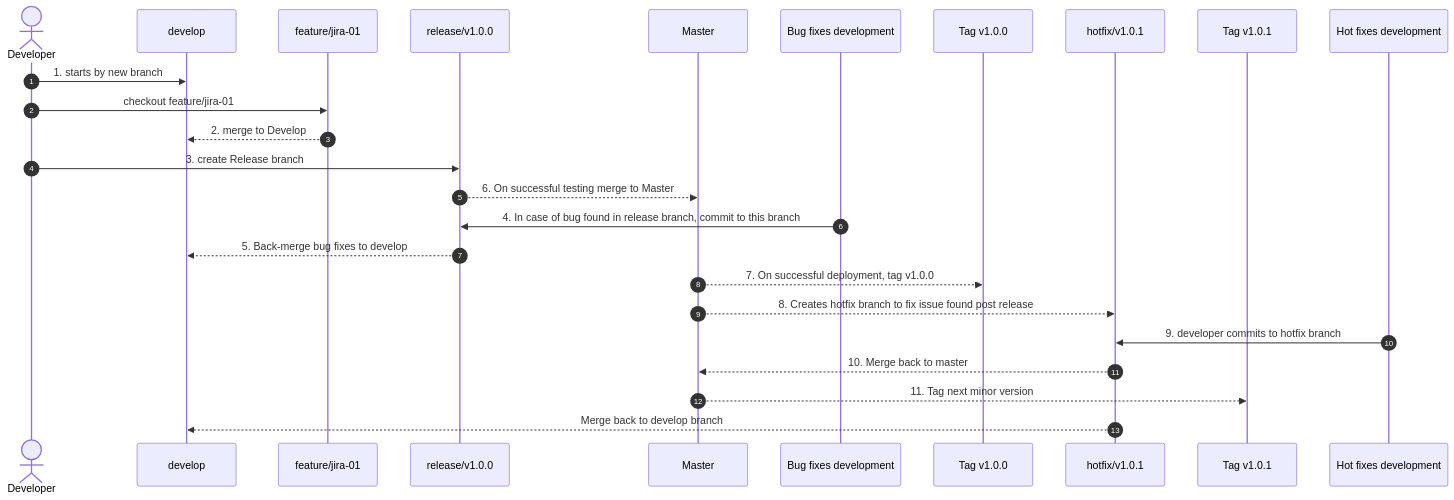
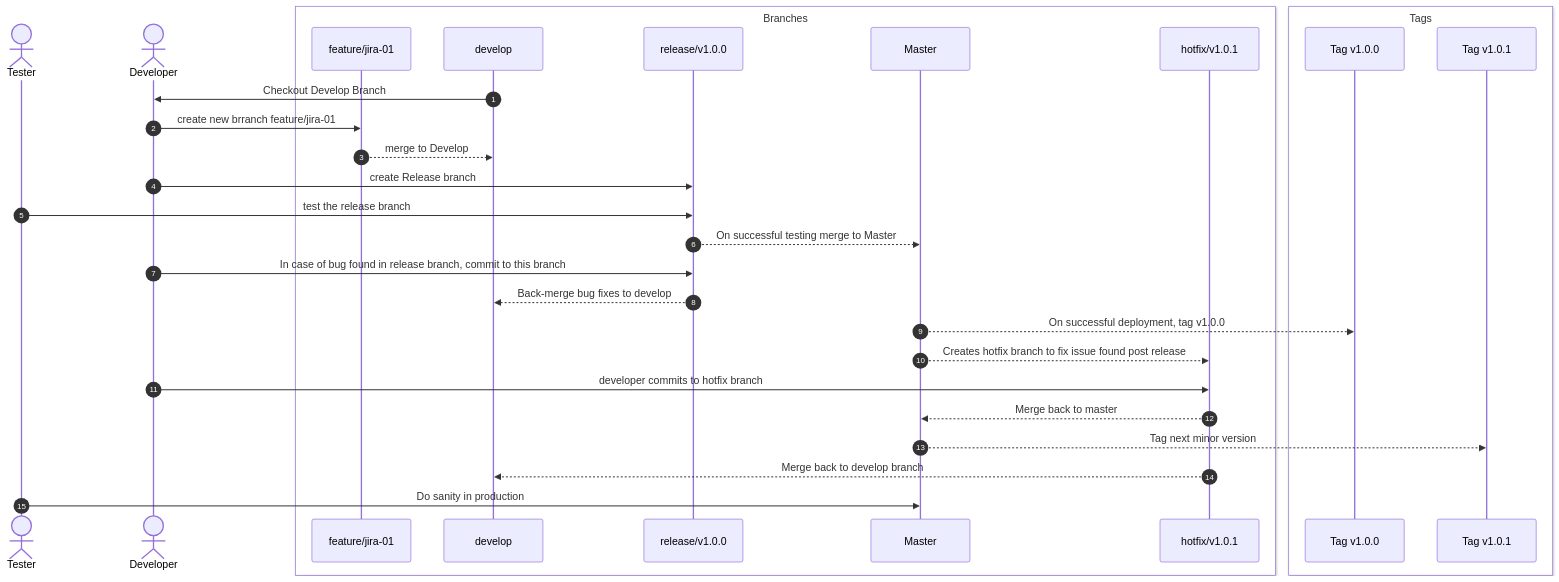
One commit to karthikeyan-manivasagam/gitflow-flowchart-mermaid changed the diagram in sequence.mermaid. Above: the diagram before and after it, drawn with Mermaid. The commit also changed other lines of this file, not shown here.

```diff
--- a/sequence.mermaid
+++ b/sequence.mermaid
@@ -1,27 +1,33 @@
 sequenceDiagram
     autonumber
-
+    actor Test as Tester
     actor Dev as Developer
+    Box white Branches
+    participant A as feature/jira-01
     participant B as develop
-    participant A as feature/jira-01
     participant C as release/v1.0.0
     participant D as Master
-    participant E as Bug fixes development
+    participant H as hotfix/v1.0.1
+    end
+
+
+    box white Tags
     participant G as Tag v1.0.0
-    participant H as hotfix/v1.0.1
     participant K as Tag v1.0.1
-    participant L as Hot fixes development
+    end
 
-    Dev->>B: 1. starts by new branch
-    Dev->>A: checkout feature/jira-01
-    A-->>B: 2. merge to Develop
-    Dev->>C: 3. create Release branch
-    C-->>D: 6. On successful testing merge to Master
-    E->>C: 4. In case of bug found in release branch, commit to this branch
-    C-->>B: 5. Back-merge bug fixes to develop
-    D-->>G: 7. On successful deployment, tag v1.0.0
-    D-->>H: 8. Creates hotfix branch to fix issue found post release
-    L->>H: 9. developer commits to hotfix branch
-    H-->>D: 10. Merge back to master
-    D-->>K: 11. Tag next minor version
+    B->>Dev: Checkout Develop Branch
+    Dev->>A: create new brranch feature/jira-01
+    A-->>B:  merge to Develop
+    Dev->>C:  create Release branch
+    Test->>C: test the release branch
+    C-->>D:  On successful testing merge to Master
+    Dev->>C:  In case of bug found in release branch, commit to this branch
+    C-->>B:  Back-merge bug fixes to develop
+    D-->>G:  On successful deployment, tag v1.0.0
+    D-->>H:  Creates hotfix branch to fix issue found post release
+    Dev->>H:  developer commits to hotfix branch
+    H-->>D:  Merge back to master
+    D-->>K:  Tag next minor version
     H-->>B: Merge back to develop branch
+    Test->>D: Do sanity in production
```
